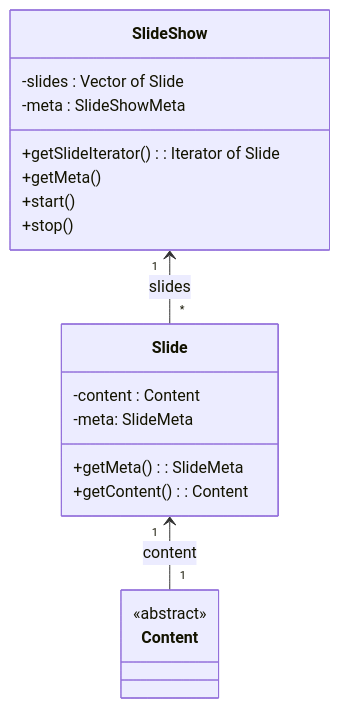
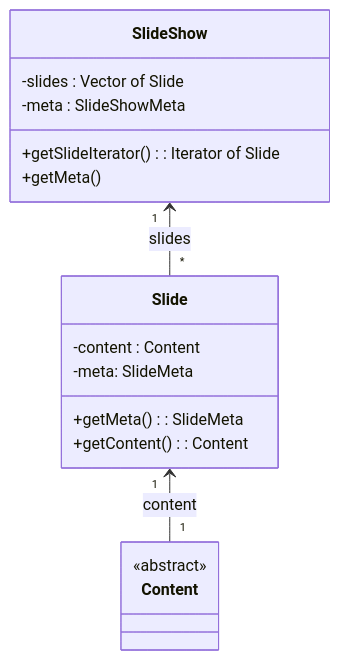
One commit to Borrelhapje/design-for-change changed the first of 3 diagrams in domaindesign.md. Above: the diagram before and after it, drawn with Mermaid. The commit also changed other lines of this file, not shown here.

Commit message:
start/stop zijn losse acties op de iterator, niet nodig op de slide show

````diff
--- a/domaindesign.md
+++ b/domaindesign.md
@@ -64,23 +63,21 @@
 ```mermaid
 classDiagram
     class SlideShow{
         -slides : Vector of Slide
         -meta : SlideShowMeta
         +getSlideIterator(): Iterator of Slide
         +getMeta()
-        +start()
-        +stop()
     }
 class Slide{
 	-content : Content
         -meta: SlideMeta
         +getMeta(): SlideMeta
         +getContent(): Content
 }
 class Content{
   <<abstract>>
 }
 
 SlideShow "1" <-- "*" Slide: slides
 Slide "1" <-- "1" Content: content
 ```
````
